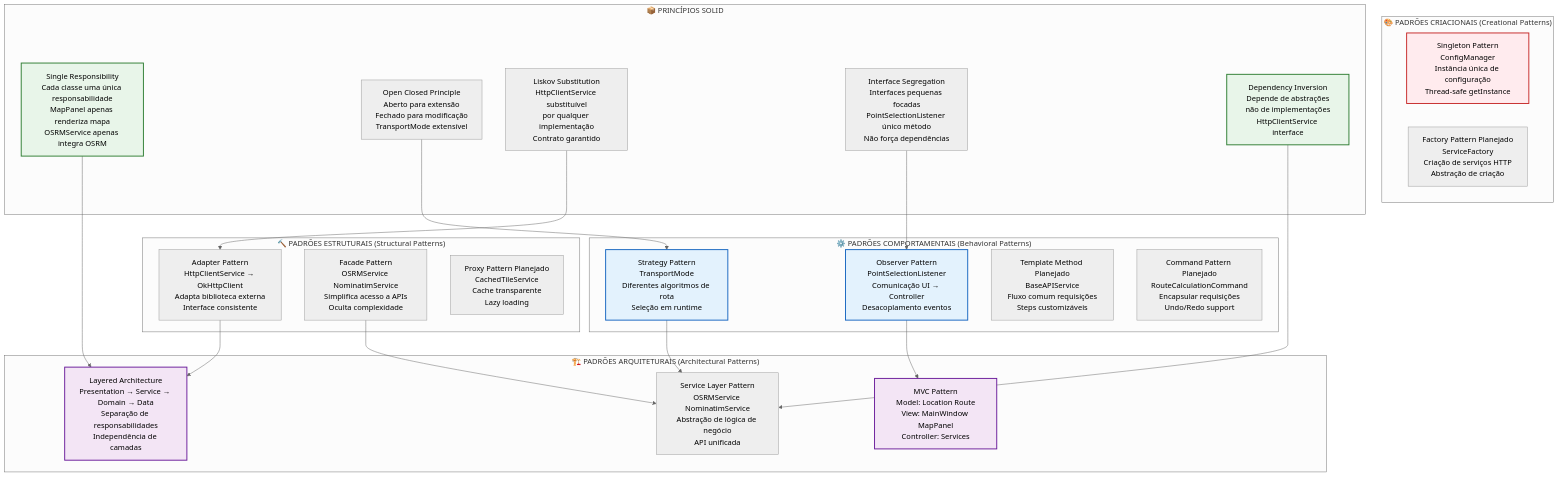
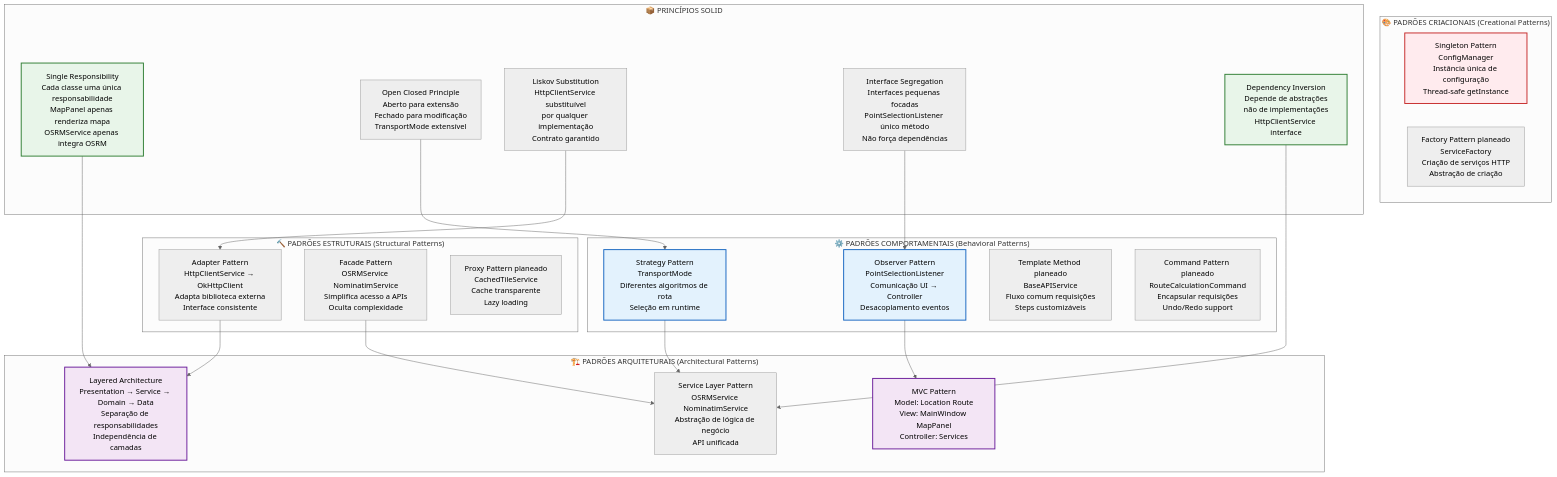
One commit to AlexandreMendesISCTE/Projeto-de-Arquitetura-e-Desenho-de-Software changed the first of 2 diagrams in docs/PADROES_E_BOAS_PRATICAS.md. Above: the diagram before and after it, drawn with Mermaid (neutral theme). The commit also changed other lines of this file and 14 other files, not shown here.

````diff
--- a/docs/PADROES_E_BOAS_PRATICAS.md
+++ b/docs/PADROES_E_BOAS_PRATICAS.md
@@ -28,53 +28,53 @@
 ```mermaid
 graph TB
     subgraph "🎨 PADRÕES CRIACIONAIS (Creational Patterns)"
         SINGLETON[Singleton Pattern<br/>ConfigManager<br/>Instância única de configuração<br/>Thread-safe getInstance]
-        FACTORY[Factory Pattern Planejado<br/>ServiceFactory<br/>Criação de serviços HTTP<br/>Abstração de criação]
+        FACTORY[Factory Pattern planeado<br/>ServiceFactory<br/>Criação de serviços HTTP<br/>Abstração de criação]
     end
     
     subgraph "🔨 PADRÕES ESTRUTURAIS (Structural Patterns)"
         ADAPTER[Adapter Pattern<br/>HttpClientService → OkHttpClient<br/>Adapta biblioteca externa<br/>Interface consistente]
         FACADE[Facade Pattern<br/>OSRMService NominatimService<br/>Simplifica acesso a APIs<br/>Oculta complexidade]
-        PROXY[Proxy Pattern Planejado<br/>CachedTileService<br/>Cache transparente<br/>Lazy loading]
+        PROXY[Proxy Pattern planeado<br/>CachedTileService<br/>Cache transparente<br/>Lazy loading]
     end
     
     subgraph "⚙️ PADRÕES COMPORTAMENTAIS (Behavioral Patterns)"
         OBSERVER[Observer Pattern<br/>PointSelectionListener<br/>Comunicação UI → Controller<br/>Desacoplamento eventos]
         STRATEGY[Strategy Pattern<br/>TransportMode<br/>Diferentes algoritmos de rota<br/>Seleção em runtime]
-        TEMPLATE[Template Method Planejado<br/>BaseAPIService<br/>Fluxo comum requisições<br/>Steps customizáveis]
-        COMMAND[Command Pattern Planejado<br/>RouteCalculationCommand<br/>Encapsular requisições<br/>Undo/Redo support]
+        TEMPLATE[Template Method planeado<br/>BaseAPIService<br/>Fluxo comum requisições<br/>Steps customizáveis]
+        COMMAND[Command Pattern planeado<br/>RouteCalculationCommand<br/>Encapsular requisições<br/>Undo/Redo support]
     end
     
     subgraph "🏗️ PADRÕES ARQUITETURAIS (Architectural Patterns)"
         MVC[MVC Pattern<br/>Model: Location Route<br/>View: MainWindow MapPanel<br/>Controller: Services]
         LAYERED[Layered Architecture<br/>Presentation → Service → Domain → Data<br/>Separação de responsabilidades<br/>Independência de camadas]
         SERVICE_LAYER[Service Layer Pattern<br/>OSRMService NominatimService<br/>Abstração de lógica de negócio<br/>API unificada]
     end
     
     subgraph "📦 PRINCÍPIOS SOLID"
         SRP[Single Responsibility<br/>Cada classe uma única responsabilidade<br/>MapPanel apenas renderiza mapa<br/>OSRMService apenas integra OSRM]
         OCP[Open Closed Principle<br/>Aberto para extensão<br/>Fechado para modificação<br/>TransportMode extensível]
         LSP[Liskov Substitution<br/>HttpClientService substituível<br/>por qualquer implementação<br/>Contrato garantido]
         ISP[Interface Segregation<br/>Interfaces pequenas focadas<br/>PointSelectionListener único método<br/>Não força dependências]
         DIP[Dependency Inversion<br/>Depende de abstrações<br/>não de implementações<br/>HttpClientService interface]
     end
     
     OBSERVER --> MVC
     STRATEGY --> SERVICE_LAYER
     ADAPTER --> LAYERED
     FACADE --> SERVICE_LAYER
     
     SRP --> LAYERED
     OCP --> STRATEGY
     LSP --> ADAPTER
     ISP --> OBSERVER
     DIP --> SERVICE_LAYER
     
     style SINGLETON fill:#ffebee,stroke:#c62828,stroke-width:2px
     style OBSERVER fill:#e3f2fd,stroke:#1565c0,stroke-width:2px
     style STRATEGY fill:#e3f2fd,stroke:#1565c0,stroke-width:2px
     style MVC fill:#f3e5f5,stroke:#6a1b9a,stroke-width:2px
     style LAYERED fill:#f3e5f5,stroke:#6a1b9a,stroke-width:2px
     style SRP fill:#e8f5e9,stroke:#2e7d32,stroke-width:2px
     style DIP fill:#e8f5e9,stroke:#2e7d32,stroke-width:2px
 ```
````
